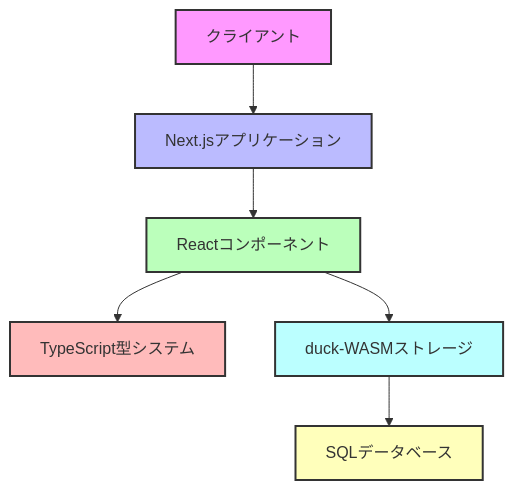
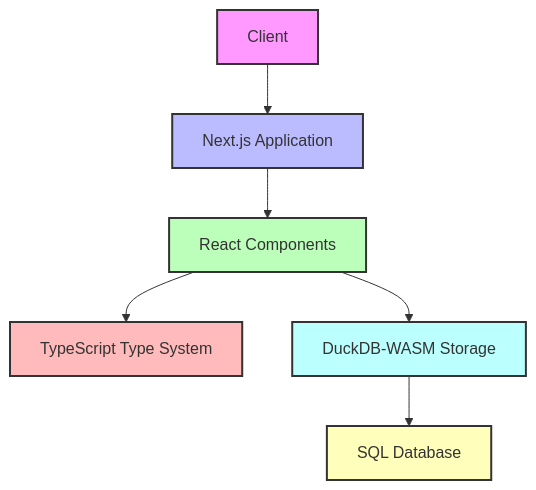
Before and after one commit to ttekun/nextjs-todo-example: the first of 5 diagrams in docs/typescript-nextjs-schema.md, drawn with Mermaid. The commit also changed other lines of this file and 4 other files, not shown here.

````diff
--- a/docs/typescript-nextjs-schema.md
+++ b/docs/typescript-nextjs-schema.md
@@ -7,15 +7,15 @@
 ```mermaid
 graph TD
-    A[クライアント] --> B[Next.jsアプリケーション]
-    B --> C[Reactコンポーネント]
-    C --> D[TypeScript型システム]
-    C --> E[duck-WASMストレージ]
-    E --> F[SQLデータベース]
-    
+    A[Client] --> B[Next.js Application]
+    B --> C[React Components]
+    C --> D[TypeScript Type System]
+    C --> E[DuckDB-WASM Storage]
+    E --> F[SQL Database]
+
     style A fill:#f9f,stroke:#333,stroke-width:2px
     style B fill:#bbf,stroke:#333,stroke-width:2px
     style C fill:#bfb,stroke:#333,stroke-width:2px
     style D fill:#fbb,stroke:#333,stroke-width:2px
     style E fill:#bff,stroke:#333,stroke-width:2px
     style F fill:#ffb,stroke:#333,stroke-width:2px
 ```
````
